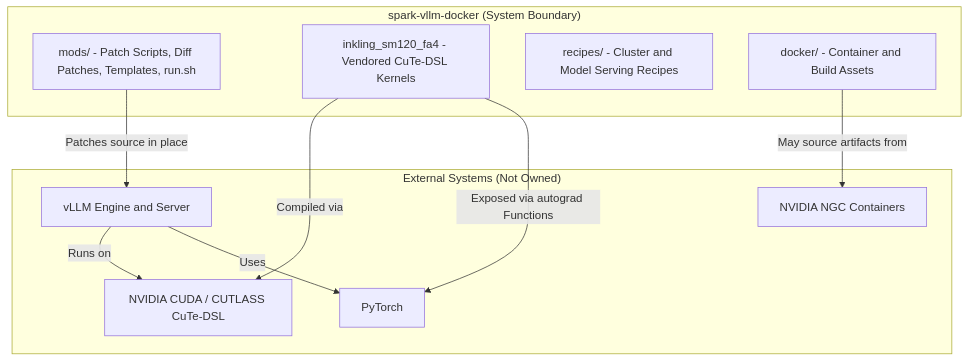
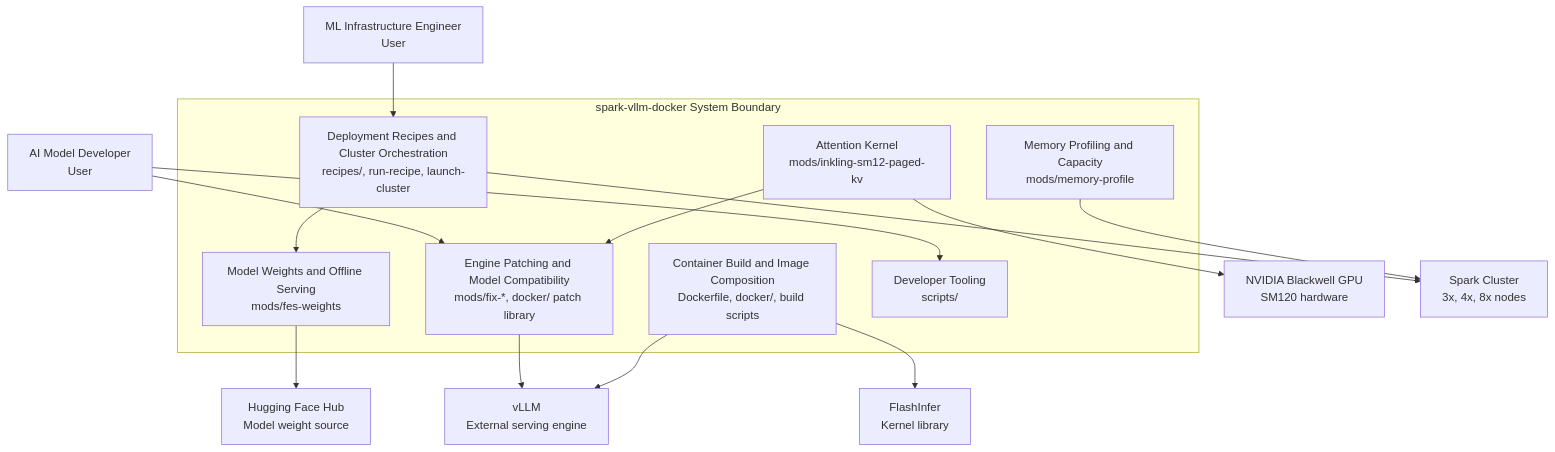
The first of 9 diagrams in deepwiki-rs-docs/1.Overview.md (jpfulton-fultonengineeringservices/spark-vllm-docker), drawn with Mermaid before and after one commit. The commit also changed other lines of this file and 156 other files, not shown here.

````diff
--- a/deepwiki-rs-docs/1.Overview.md
+++ b/deepwiki-rs-docs/1.Overview.md
@@ -137,23 +153,34 @@
 ```mermaid
 graph TD
-    subgraph spark-vllm-docker["spark-vllm-docker (System Boundary)"]
-        Mods["mods/ - Patch Scripts, Diff Patches, Templates, run.sh"]
-        Kernels["inkling_sm120_fa4 - Vendored CuTe-DSL Kernels"]
-        Recipes["recipes/ - Cluster and Model Serving Recipes"]
-        Docker["docker/ - Container and Build Assets"]
+    subgraph SystemBoundary["spark-vllm-docker System Boundary"]
+        ContainerBuild["Container Build and Image Composition<br/>Dockerfile, docker/, build scripts"]
+        EnginePatch["Engine Patching and Model Compatibility<br/>mods/fix-*, docker/ patch library"]
+        AttentionKernel["Attention Kernel<br/>mods/inkling-sm12-paged-kv"]
+        DeployRecipe["Deployment Recipes and Cluster Orchestration<br/>recipes/, run-recipe, launch-cluster"]
+        MemProfile["Memory Profiling and Capacity<br/>mods/memory-profile"]
+        ModelWeights["Model Weights and Offline Serving<br/>mods/fes-weights"]
+        DevTooling["Developer Tooling<br/>scripts/"]
     end
 
-    subgraph External["External Systems (Not Owned)"]
-        VLLM["vLLM Engine and Server"]
-        CUDA["NVIDIA CUDA / CUTLASS CuTe-DSL"]
-        Torch["PyTorch"]
-        NGC["NVIDIA NGC Containers"]
-    end
+    vLLM["vLLM<br/>External serving engine"]
+    FlashInfer["FlashInfer<br/>Kernel library"]
+    Blackwell["NVIDIA Blackwell GPU<br/>SM120 hardware"]
+    HFHub["Hugging Face Hub<br/>Model weight source"]
+    SparkCluster["Spark Cluster<br/>3x, 4x, 8x nodes"]
+    MLE["ML Infrastructure Engineer<br/>User"]
+    AID["AI Model Developer<br/>User"]
 
-    Mods -->|Patches source in place| VLLM
-    Kernels -->|Compiled via| CUDA
-    Kernels -->|Exposed via autograd Functions| Torch
-    Docker -->|May source artifacts from| NGC
-    VLLM -->|Runs on| CUDA
-    VLLM -->|Uses| Torch
+    MLE --> DeployRecipe
+    AID --> EnginePatch
+    AID --> DevTooling
+
+    EnginePatch --> vLLM
+    ContainerBuild --> vLLM
+    ContainerBuild --> FlashInfer
+    AttentionKernel --> Blackwell
+    AttentionKernel --> EnginePatch
+    DeployRecipe --> SparkCluster
+    DeployRecipe --> ModelWeights
+    ModelWeights --> HFHub
+    MemProfile --> SparkCluster
 ```
````
